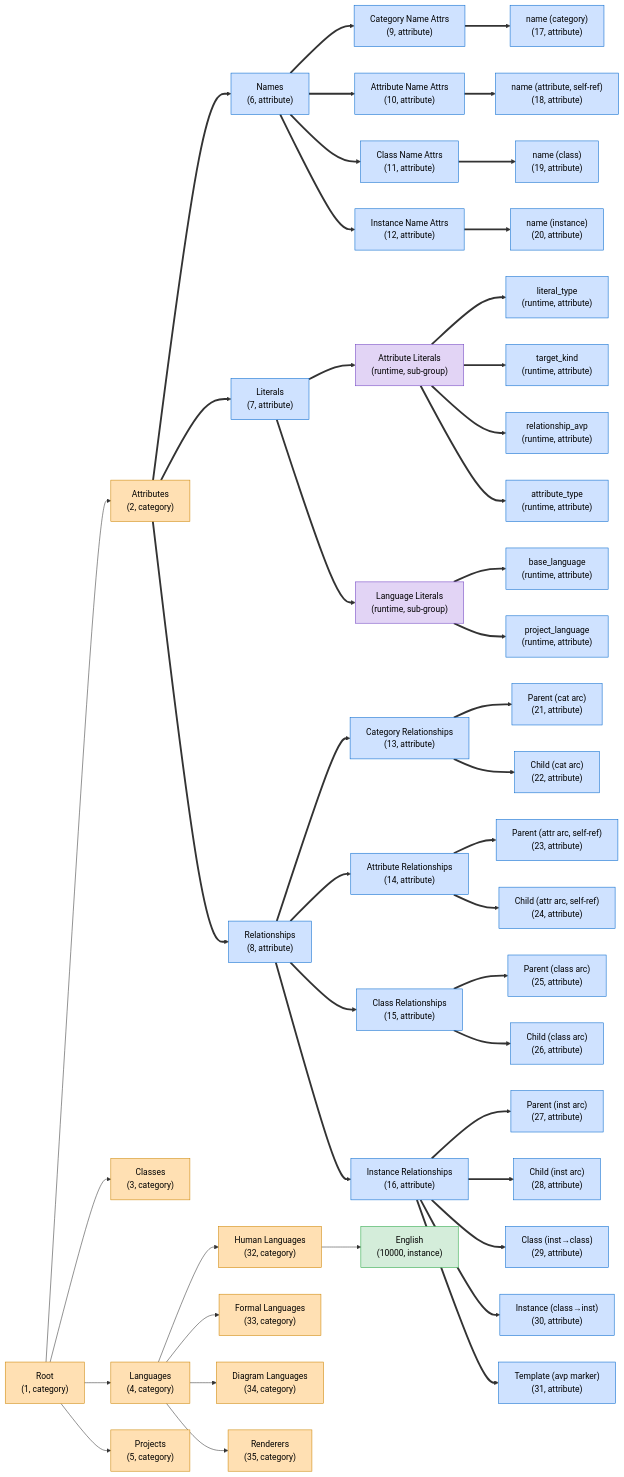
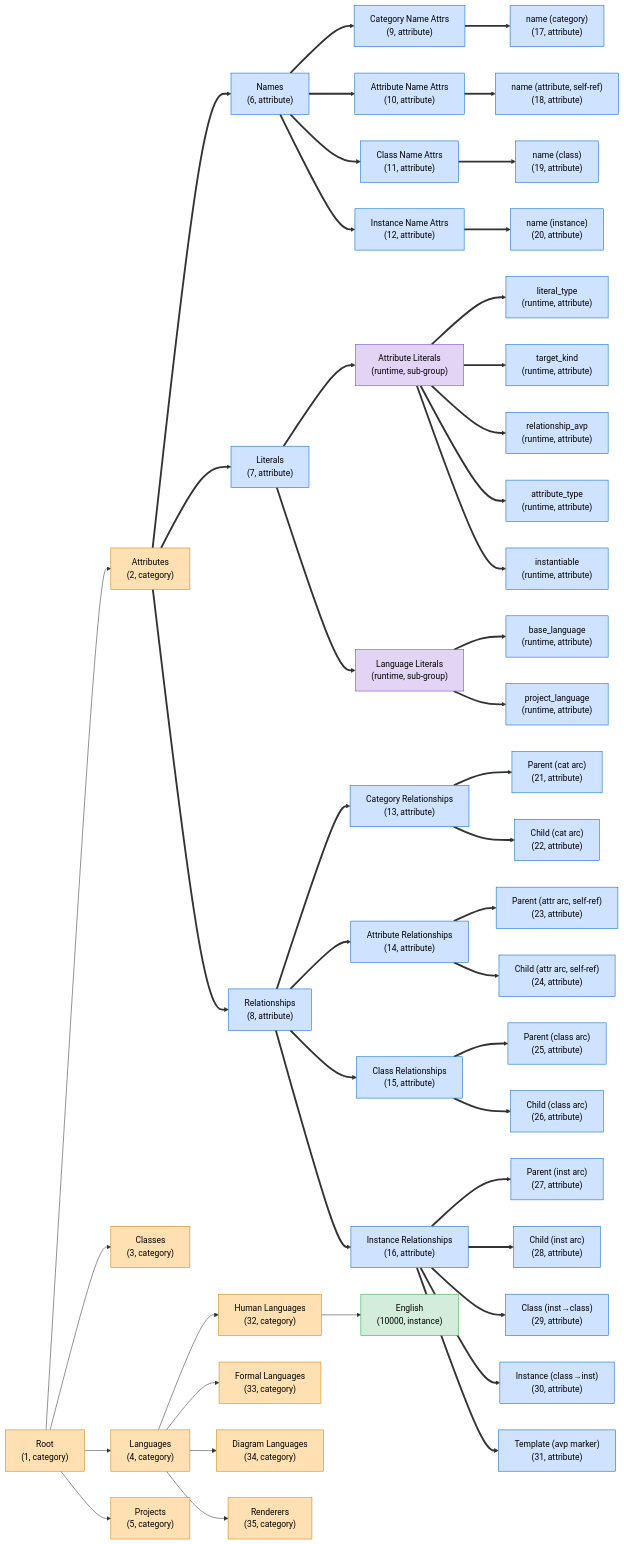
Before and after one commit to davidwt-com/SeerStoneGraphDb: the diagram in docs/diagrams/ontology-tree.md, drawn with Mermaid. The commit also changed 14 other files, not shown here.

```diff
--- a/docs/diagrams/ontology-tree.md
+++ b/docs/diagrams/ontology-tree.md
@@ -67,6 +67,7 @@
   NTK["target_kind<br/>(runtime, attribute)"]:::attr
   NRA["relationship_avp<br/>(runtime, attribute)"]:::attr
   NAT["attribute_type<br/>(runtime, attribute)"]:::attr
+  NIN["instantiable<br/>(runtime, attribute)"]:::attr
   NBL["base_language<br/>(runtime, attribute)"]:::attr
   NPL["project_language<br/>(runtime, attribute)"]:::attr
 
@@ -139,6 +140,7 @@
   NAL ==> NTK
   NAL ==> NRA
   NAL ==> NAT
+  NAL ==> NIN
   NLL ==> NBL
   NLL ==> NPL
 
```
